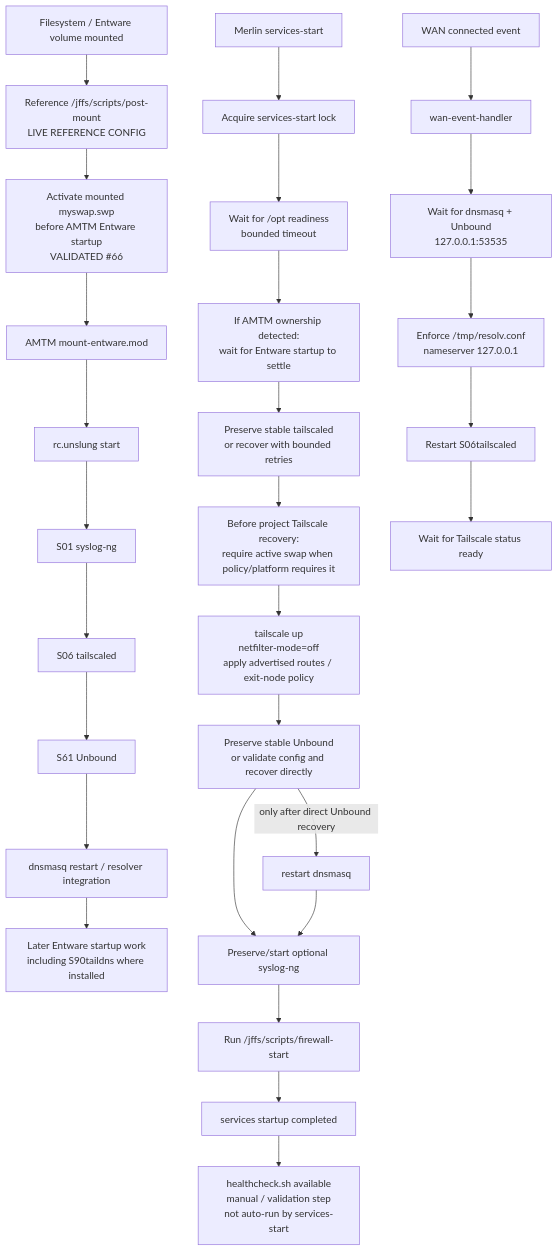
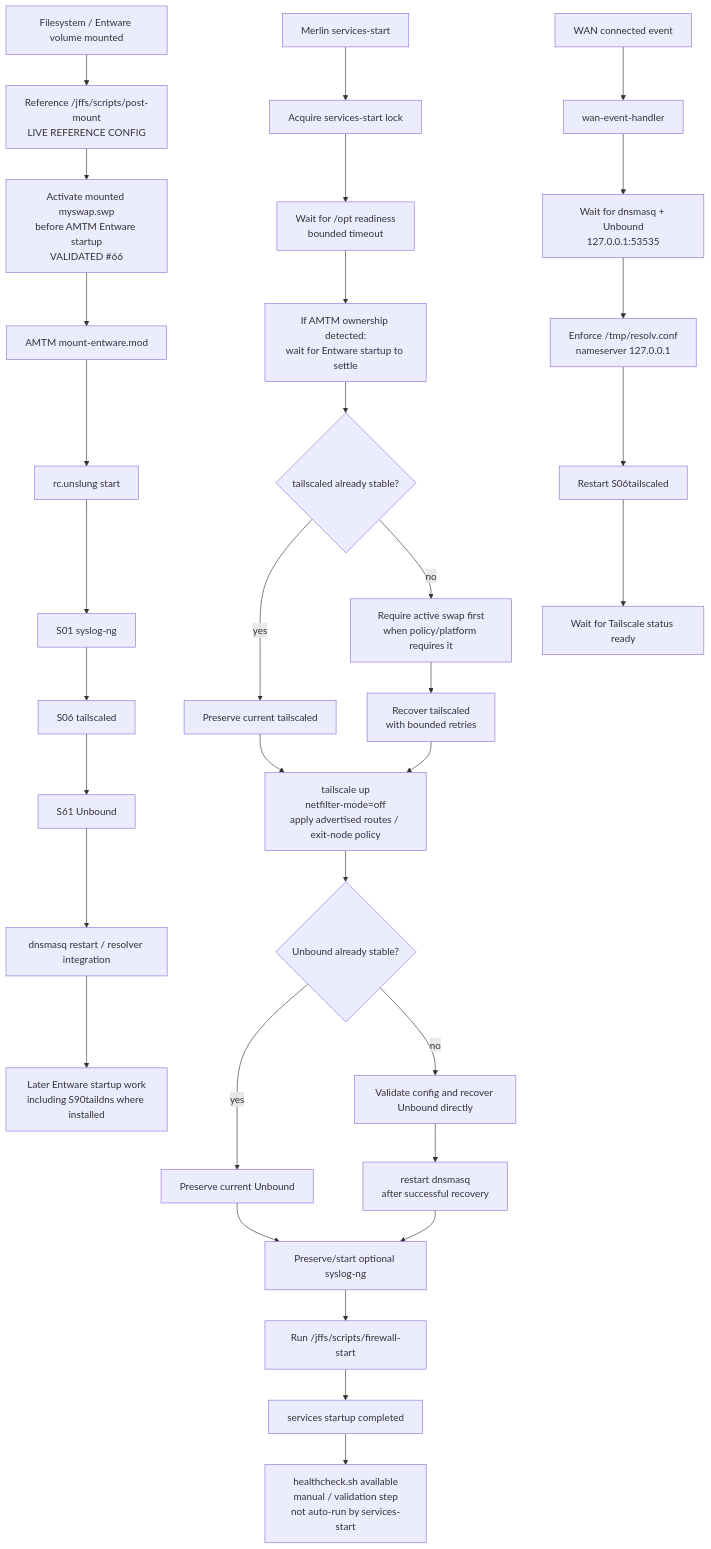
One commit to wojko6/Advanced-ASUS-Edge-Gateway-ZTNA-Infrastructure changed the diagram in docs/architecture/boot-service-dependency-flow.md. Above: the diagram before and after it, drawn with Mermaid. The commit also changed other lines of this file, not shown here.

Commit message:
docs: correct service-start swap and recovery ordering

````diff
--- a/docs/architecture/boot-service-dependency-flow.md
+++ b/docs/architecture/boot-service-dependency-flow.md
@@ -7,32 +7,37 @@
 ```mermaid
 flowchart TD
     B["Filesystem / Entware volume mounted"] --> PM["Reference /jffs/scripts/post-mount<br/>LIVE REFERENCE CONFIG"]
     PM --> PS["Activate mounted myswap.swp<br/>before AMTM Entware startup<br/>VALIDATED #66"]
     PS --> AM["AMTM mount-entware.mod"]
     AM --> RC["rc.unslung start"]
     RC --> S1["S01 syslog-ng"]
     S1 --> S6["S06 tailscaled"]
     S6 --> S61["S61 Unbound"]
     S61 --> DM["dnsmasq restart / resolver integration"]
     DM --> S90["Later Entware startup work<br/>including S90taildns where installed"]
 
     MS["Merlin services-start"] --> LK["Acquire services-start lock"]
     LK --> OP["Wait for /opt readiness<br/>bounded timeout"]
     OP --> AS["If AMTM ownership detected:<br/>wait for Entware startup to settle"]
-    AS --> TS["Preserve stable tailscaled<br/>or recover with bounded retries"]
-    TS --> SW["Before project Tailscale recovery:<br/>require active swap when policy/platform requires it"]
-    SW --> UP["tailscale up<br/>netfilter-mode=off<br/>apply advertised routes / exit-node policy"]
-    UP --> UB["Preserve stable Unbound<br/>or validate config and recover directly"]
-    UB -->|"only after direct Unbound recovery"| RD["restart dnsmasq"]
-    UB --> SL["Preserve/start optional syslog-ng"]
+    AS --> TC{"tailscaled already stable?"}
+    TC -->|"yes"| TP["Preserve current tailscaled"]
+    TC -->|"no"| SW["Require active swap first<br/>when policy/platform requires it"]
+    SW --> TR["Recover tailscaled<br/>with bounded retries"]
+    TP --> UP["tailscale up<br/>netfilter-mode=off<br/>apply advertised routes / exit-node policy"]
+    TR --> UP
+    UP --> UB{"Unbound already stable?"}
+    UB -->|"yes"| UK["Preserve current Unbound"]
+    UB -->|"no"| UR["Validate config and recover Unbound directly"]
+    UR --> RD["restart dnsmasq<br/>after successful recovery"]
+    UK --> SL["Preserve/start optional syslog-ng"]
     RD --> SL
     SL --> FW["Run /jffs/scripts/firewall-start"]
     FW --> OK["services startup completed"]
     OK --> HC["healthcheck.sh available<br/>manual / validation step<br/>not auto-run by services-start"]
 
     WE["WAN connected event"] --> WH["wan-event-handler"]
     WH --> WD["Wait for dnsmasq + Unbound<br/>127.0.0.1:53535"]
     WD --> SR["Enforce /tmp/resolv.conf<br/>nameserver 127.0.0.1"]
     SR --> RT["Restart S06tailscaled"]
-    RT --> TR["Wait for Tailscale status ready"]
+    RT --> RR["Wait for Tailscale status ready"]
 ```
````
